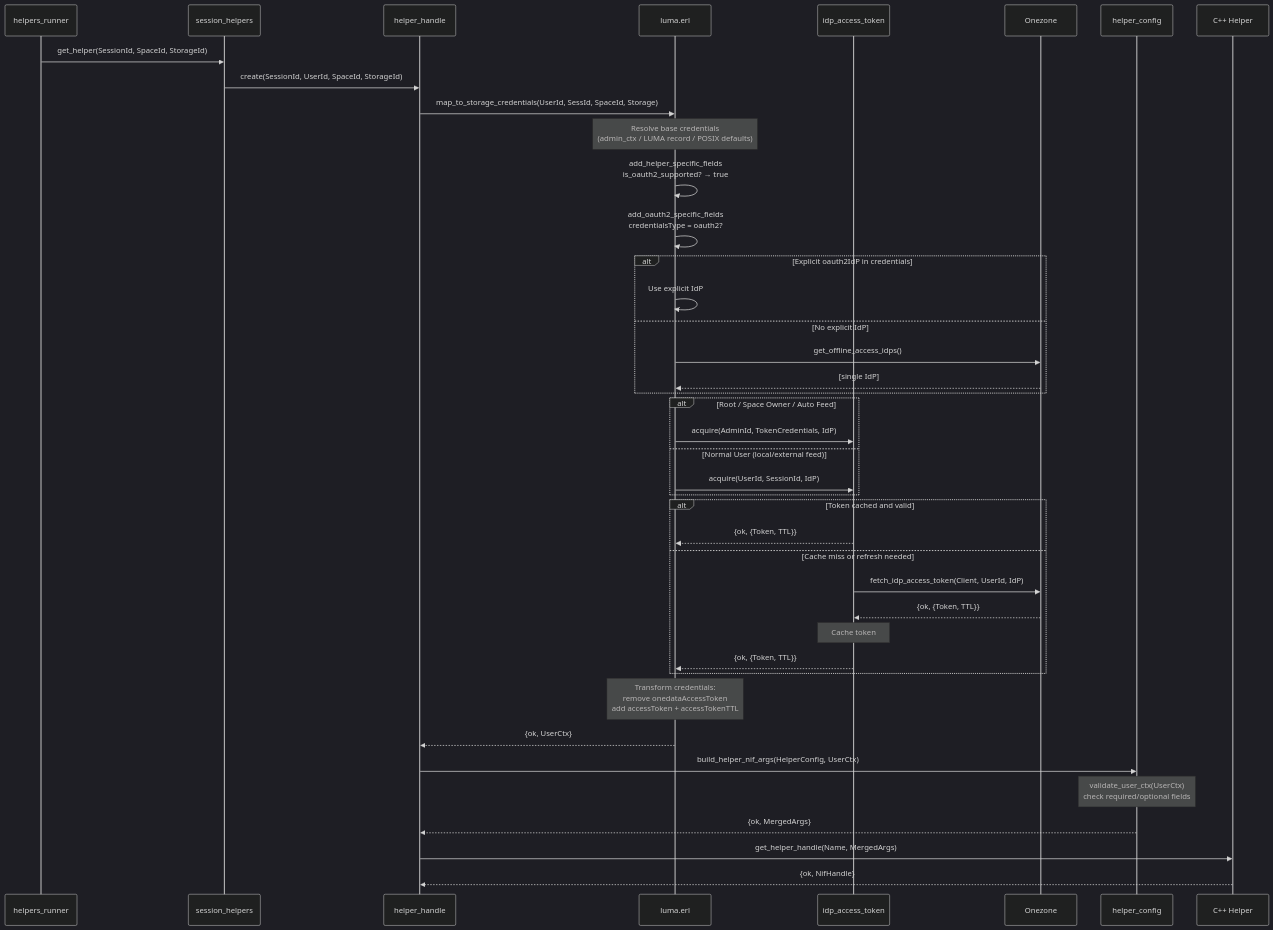
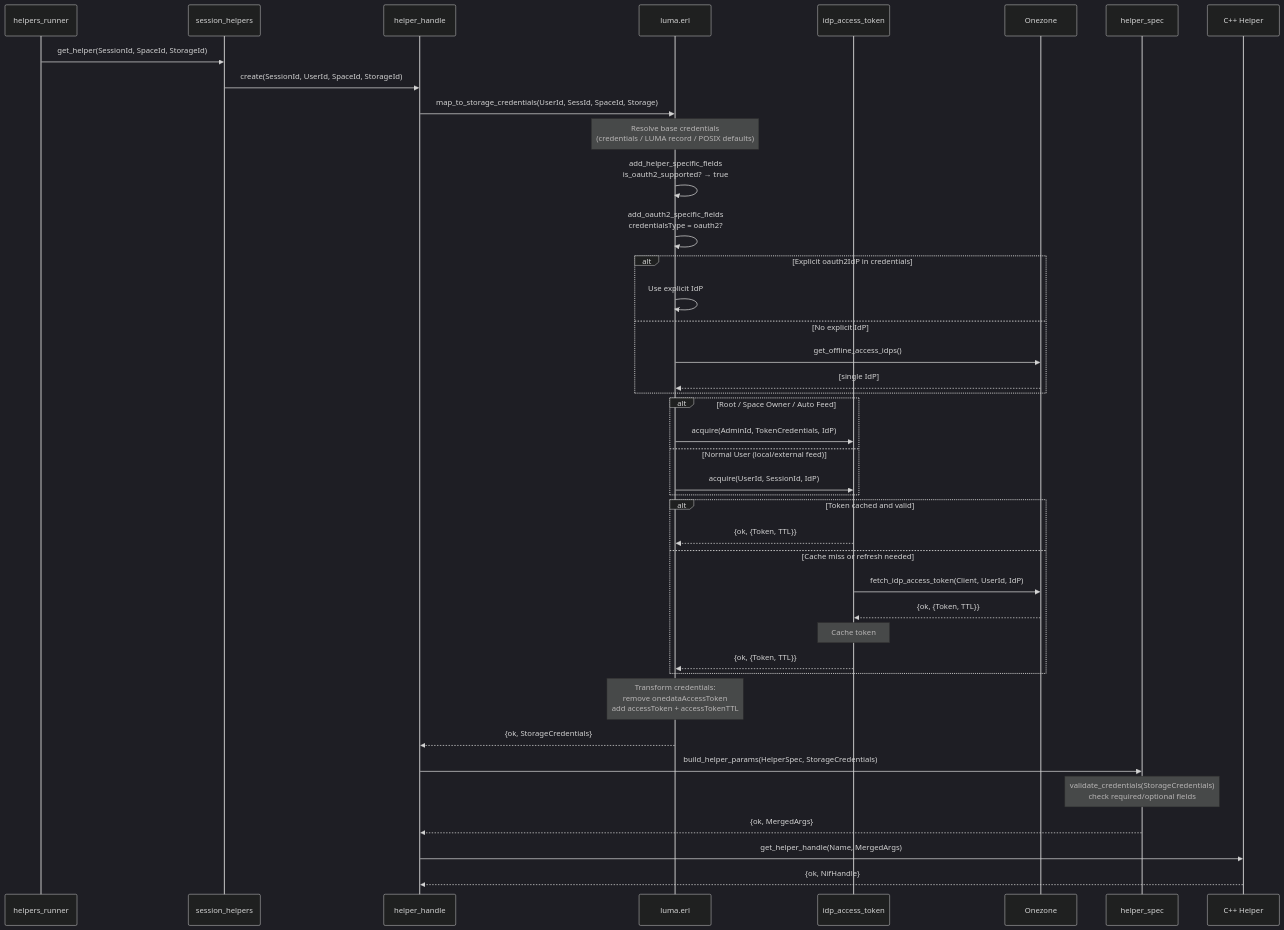
One commit to onedata/op-worker changed the sixth of 6 diagrams in doc/architecture/storage/luma/credential-resolution.md. Above: the diagram before and after it, drawn with Mermaid (dark theme). The commit also changed other lines of this file and 82 other files, not shown here.

First line of the commit message:
VFS-12677 Rename helper_config to helper_spec

````diff
--- a/doc/architecture/storage/luma/credential-resolution.md
+++ b/doc/architecture/storage/luma/credential-resolution.md
@@ -420,55 +420,55 @@
 ```mermaid
 sequenceDiagram
     participant HR as helpers_runner
     participant SH as session_helpers
     participant HH as helper_handle
     participant LUMA as luma.erl
     participant IdP as idp_access_token
     participant OZ as Onezone
-    participant HC as helper_config
+    participant HC as helper_spec
     participant NIF as C++ Helper
 
     HR->>SH: get_helper(SessionId, SpaceId, StorageId)
     SH->>HH: create(SessionId, UserId, SpaceId, StorageId)
 
     HH->>LUMA: map_to_storage_credentials(UserId, SessId, SpaceId, Storage)
 
-    Note over LUMA: Resolve base credentials<br/>(admin_ctx / LUMA record / POSIX defaults)
+    Note over LUMA: Resolve base credentials<br/>(credentials / LUMA record / POSIX defaults)
 
     LUMA->>LUMA: add_helper_specific_fields<br/>is_oauth2_supported? → true
 
     LUMA->>LUMA: add_oauth2_specific_fields<br/>credentialsType = oauth2?
 
     alt Explicit oauth2IdP in credentials
         LUMA->>LUMA: Use explicit IdP
     else No explicit IdP
         LUMA->>OZ: get_offline_access_idps()
         OZ-->>LUMA: [single IdP]
     end
 
     alt Root / Space Owner / Auto Feed
         LUMA->>IdP: acquire(AdminId, TokenCredentials, IdP)
     else Normal User (local/external feed)
         LUMA->>IdP: acquire(UserId, SessionId, IdP)
     end
 
     alt Token cached and valid
         IdP-->>LUMA: {ok, {Token, TTL}}
     else Cache miss or refresh needed
         IdP->>OZ: fetch_idp_access_token(Client, UserId, IdP)
         OZ-->>IdP: {ok, {Token, TTL}}
         Note over IdP: Cache token
         IdP-->>LUMA: {ok, {Token, TTL}}
     end
 
     Note over LUMA: Transform credentials:<br/>remove onedataAccessToken<br/>add accessToken + accessTokenTTL
 
-    LUMA-->>HH: {ok, UserCtx}
+    LUMA-->>HH: {ok, StorageCredentials}
 
-    HH->>HC: build_helper_nif_args(HelperConfig, UserCtx)
-    Note over HC: validate_user_ctx(UserCtx)<br/>check required/optional fields
+    HH->>HC: build_helper_params(HelperSpec, StorageCredentials)
+    Note over HC: validate_credentials(StorageCredentials)<br/>check required/optional fields
     HC-->>HH: {ok, MergedArgs}
 
     HH->>NIF: get_helper_handle(Name, MergedArgs)
     NIF-->>HH: {ok, NifHandle}
 ```
````
